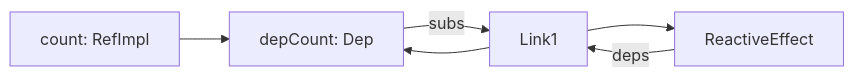
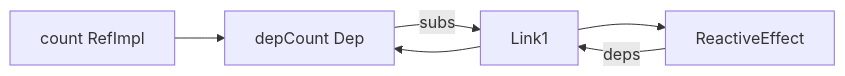
Before and after one commit to Tajigaqzh/front_basic: the fifth of 12 diagrams in docs/vue/source/reactivity/dep-link-explained.md, drawn with Mermaid. The commit also changed other lines of this file and 11 other files, not shown here.

````diff
--- a/docs/vue/source/reactivity/dep-link-explained.md
+++ b/docs/vue/source/reactivity/dep-link-explained.md
@@ -303,13 +303,13 @@
 ```mermaid
 flowchart LR
-    ref[count: RefImpl]
-    dep[depCount: Dep]
-    link[Link1]
-    effect[ReactiveEffect]
+    ref["count RefImpl"]
+    dep["depCount Dep"]
+    link["Link1"]
+    effect["ReactiveEffect"]
 
     ref --> dep
     effect -->|deps| link
     dep -->|subs| link
     link --> dep
     link --> effect
 ```
````
